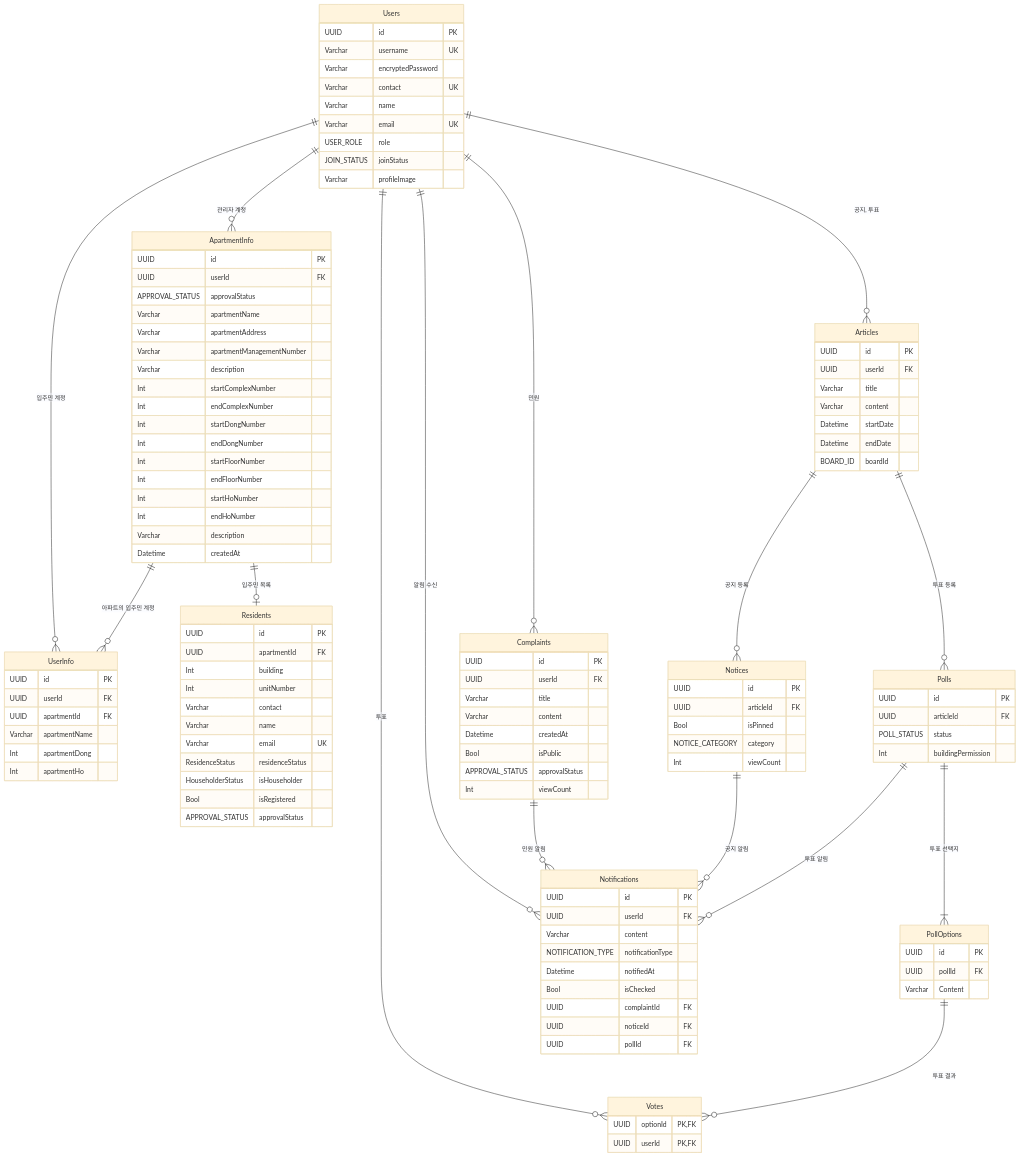
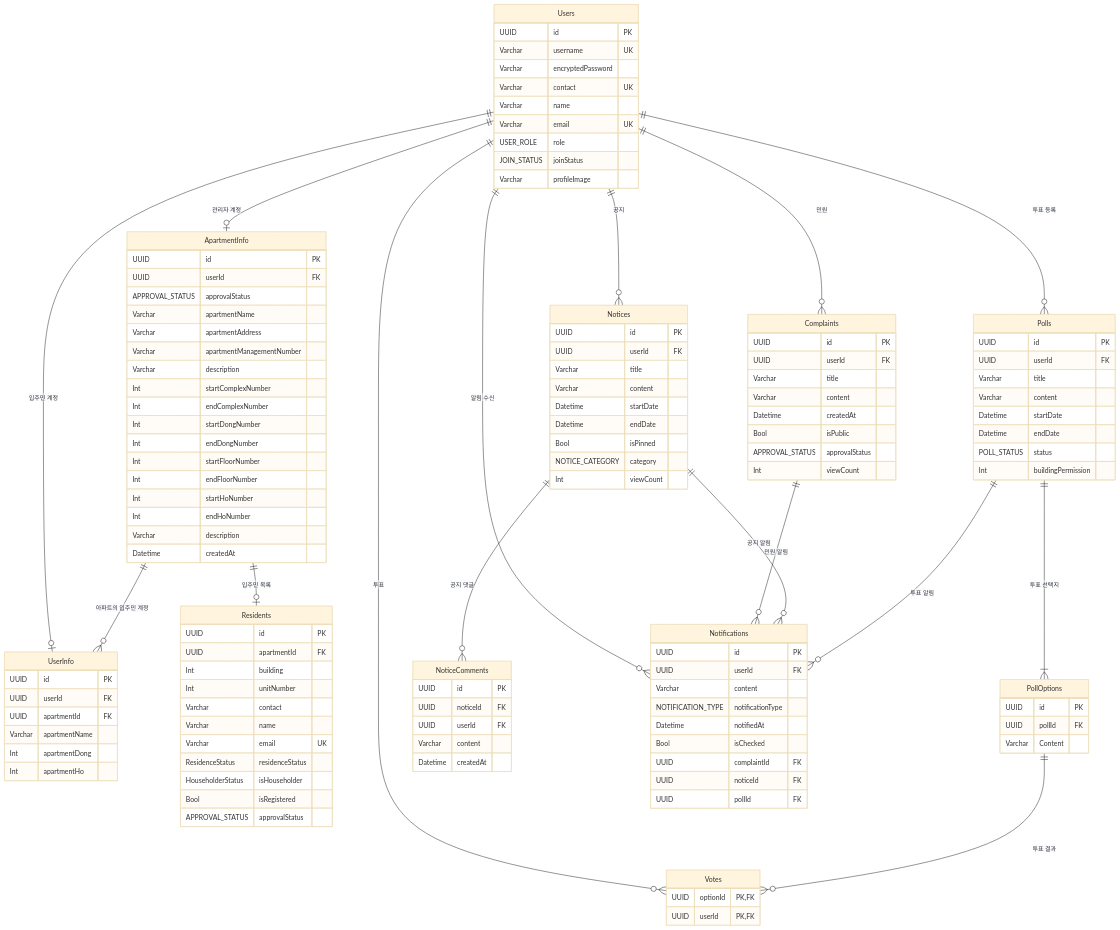
One commit to nb01-welive-team2/nb01-welive-team2 changed the diagram in erd.v1.md. Above: the diagram before and after it, drawn with Mermaid (base theme). The commit also changed 3 other files, not shown here.

Commit message:
#1 스키마 변경(user-userinfo, user-apart, article)

```diff
--- a/erd.v1.md
+++ b/erd.v1.md
@@ -74,21 +74,13 @@
 }
 %% viewCount @default(0)
 
-Articles {
+Polls {
   UUID id PK
   UUID userId FK
   Varchar title
   Varchar content
   Datetime startDate
   Datetime endDate
-  BOARD_ID boardId
-}
-%% BOARD_ID : NOTICE, POLL
-%% startDate, endDate @default(now())
-
-Polls {
-  UUID id PK
-  UUID articleId FK
   POLL_STATUS status
   Int buildingPermission
 }
@@ -108,13 +100,25 @@
 
 Notices {
   UUID id PK
-  UUID articleId FK
+  UUID userId FK
+  Varchar title
+  Varchar content
+  Datetime startDate
+  Datetime endDate
   Bool isPinned
   NOTICE_CATEGORY category
   Int viewCount
 }
 %% NOTICE_CATEGORY : MAINTENANCE, EMERGENCY, COMMUNITY, RESIDENT_VOTE, ETC
 %% viewCount @default(0)
+
+NoticeComments {
+  UUID id PK
+  UUID noticeId FK
+  UUID userId FK
+  Varchar content
+  Datetime createdAt
+}
 
 Notifications {
   UUID id PK
@@ -132,17 +136,17 @@
 %% notifiedAt @default(now())
 %% nullable : complaintId, noticeId, pollId
 
-Users ||--o{ ApartmentInfo : "관리자 계정"
-Users ||--o{ UserInfo : "입주민 계정"
+Users ||--o| ApartmentInfo : "관리자 계정"
+Users ||--o| UserInfo : "입주민 계정"
 ApartmentInfo ||--o{ UserInfo : "아파트의 입주민 계정"
 ApartmentInfo ||--o| Residents : "입주민 목록"
 Users ||--o{ Complaints : "민원"
-Users ||--o{ Articles : "공지, 투표"
-Articles ||--o{ Polls : "투표 등록"
+Users ||--o{ Polls : "투표 등록"
 Polls ||--|{ PollOptions : "투표 선택지"
 Users ||--o{ Votes : "투표"
 PollOptions ||--o{ Votes : "투표 결과"
-Articles ||--o{ Notices : "공지 등록"
+Users ||--o{ Notices : "공지"
+Notices ||--o{ NoticeComments : "공지 댓글"
 Users ||--o{ Notifications : "알림 수신"
 Complaints ||--o{ Notifications : "민원 알림"
 Notices ||--o{ Notifications : "공지 알림"
```
